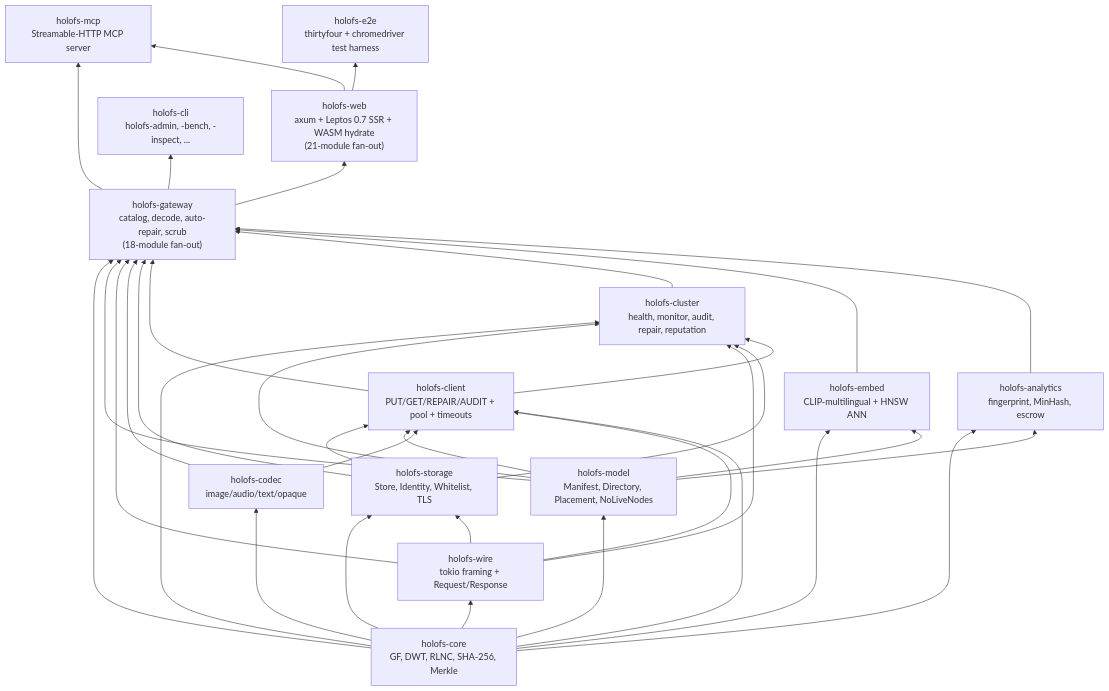
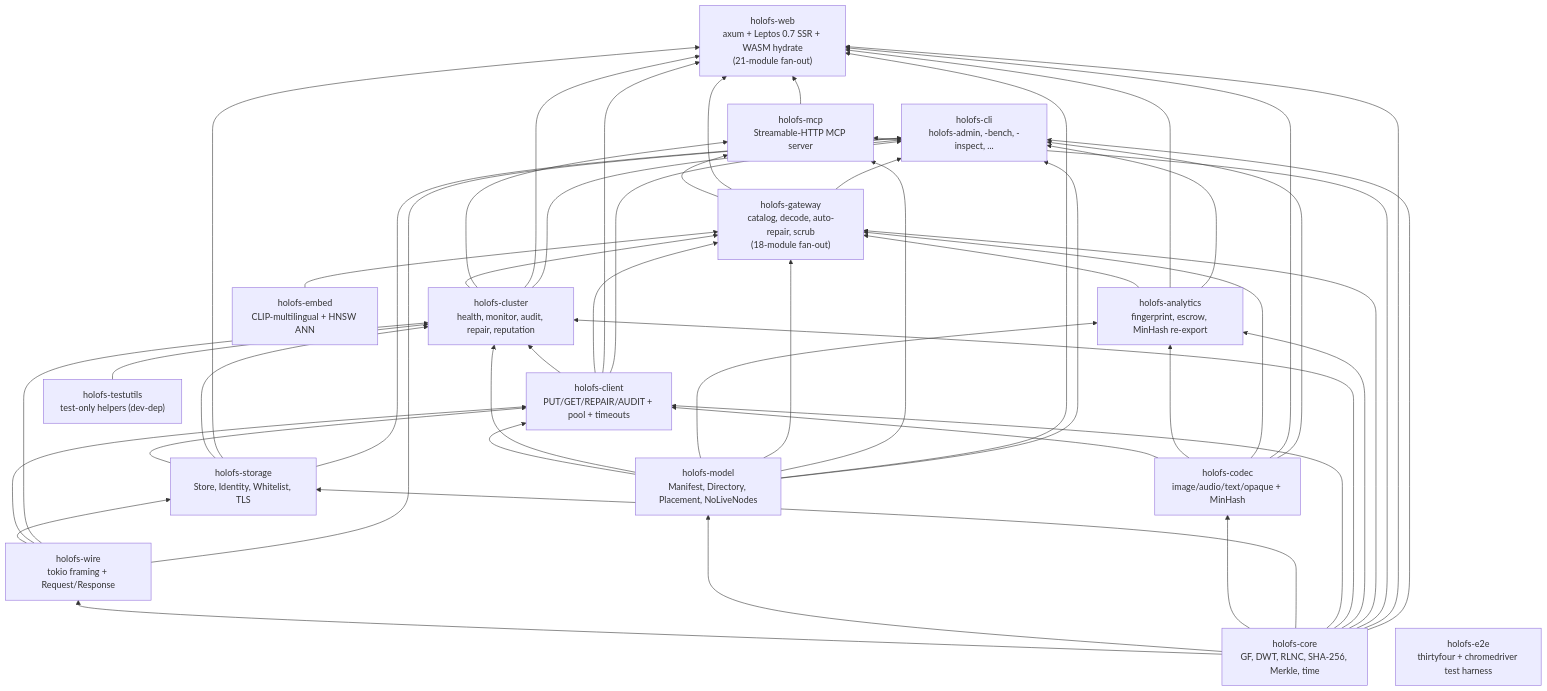
Before and after one commit to rmorenko/holofs: the first of 5 diagrams in docs/architecture.md, drawn with Mermaid. The commit also changed other lines of this file and 19 other files, not shown here.

First line of the commit message:
refactor+docs: stage-4 architecture + documentation

````diff
--- a/docs/architecture.md
+++ b/docs/architecture.md
@@ -23,51 +23,67 @@
 ```mermaid
 graph BT
-    core["holofs-core<br/>GF, DWT, RLNC, SHA-256, Merkle"]
+    core["holofs-core<br/>GF, DWT, RLNC, SHA-256, Merkle, time"]
     wire["holofs-wire<br/>tokio framing + Request/Response"]
     model["holofs-model<br/>Manifest, Directory, Placement, NoLiveNodes"]
-    codec["holofs-codec<br/>image/audio/text/opaque"]
+    codec["holofs-codec<br/>image/audio/text/opaque + MinHash"]
     storage["holofs-storage<br/>Store, Identity, Whitelist, TLS"]
     client["holofs-client<br/>PUT/GET/REPAIR/AUDIT + pool + timeouts"]
     cluster["holofs-cluster<br/>health, monitor, audit, repair, reputation"]
     embed["holofs-embed<br/>CLIP-multilingual + HNSW ANN"]
-    analytics["holofs-analytics<br/>fingerprint, MinHash, escrow"]
+    analytics["holofs-analytics<br/>fingerprint, escrow, MinHash re-export"]
     gateway["holofs-gateway<br/>catalog, decode, auto-repair, scrub<br/>(18-module fan-out)"]
     mcp["holofs-mcp<br/>Streamable-HTTP MCP server"]
     web["holofs-web<br/>axum + Leptos 0.7 SSR + WASM hydrate<br/>(21-module fan-out)"]
     cli["holofs-cli<br/>holofs-admin, -bench, -inspect, ..."]
+    testutils["holofs-testutils<br/>test-only helpers (dev-dep)"]
     e2e["holofs-e2e<br/>thirtyfour + chromedriver test harness"]
 
     core --> wire
     core --> model
     core --> codec
     core --> storage
     wire --> storage
     storage --> client
     model --> client
     codec --> client
     wire --> client
     core --> client
     core --> cluster
     model --> cluster
     wire --> cluster
     storage --> cluster
     client --> cluster
-    core --> embed
-    model --> embed
+    testutils --> cluster
     core --> analytics
     model --> analytics
+    codec --> analytics
     core --> gateway
     model --> gateway
-    wire --> gateway
     codec --> gateway
-    storage --> gateway
     client --> gateway
     cluster --> gateway
     embed --> gateway
     analytics --> gateway
+    core --> mcp
+    model --> mcp
+    cluster --> mcp
     gateway --> mcp
+    core --> web
+    model --> web
+    codec --> web
+    client --> web
+    cluster --> web
+    storage --> web
     gateway --> web
-    web --> mcp
+    analytics --> web
+    mcp --> web
+    core --> cli
+    model --> cli
+    wire --> cli
+    codec --> cli
+    storage --> cli
+    client --> cli
+    cluster --> cli
+    analytics --> cli
     gateway --> cli
-    web --> e2e
 ```
````
